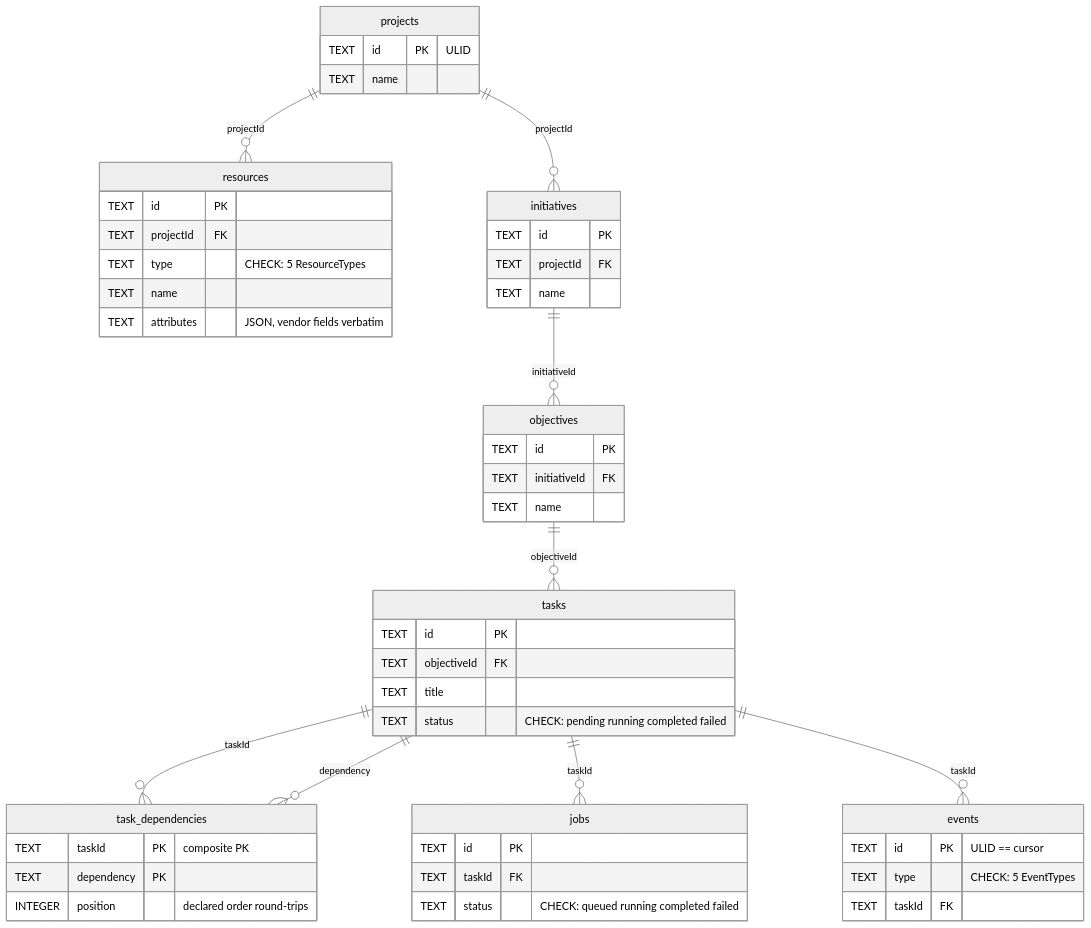
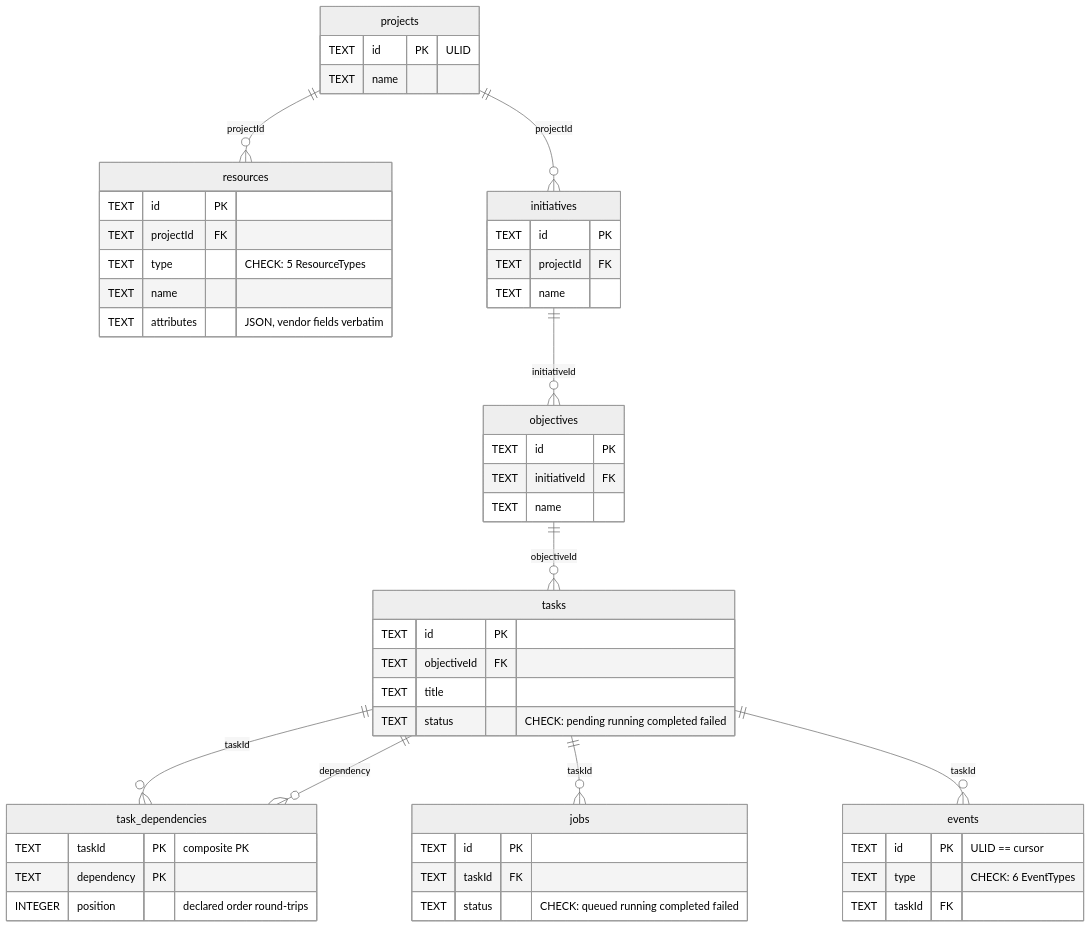
Before and after one commit to kanthorlabs/kanthord: the first of 5 diagrams in docs/flowchart/003.md, drawn with Mermaid (neutral theme). The commit also changed other lines of this file and 23 other files, not shown here.

First line of the commit message:
docs: author EPIC 004 story/task list + flowchart; add insert/re-arrange, verb-first CLI grammar

````diff
--- a/docs/flowchart/003.md
+++ b/docs/flowchart/003.md
@@ -17,54 +17,54 @@
 ```mermaid
 erDiagram
     projects ||--o{ resources : "projectId"
     projects ||--o{ initiatives : "projectId"
     initiatives ||--o{ objectives : "initiativeId"
     objectives ||--o{ tasks : "objectiveId"
     tasks ||--o{ task_dependencies : "taskId"
     tasks ||--o{ task_dependencies : "dependency"
     tasks ||--o{ jobs : "taskId"
     tasks ||--o{ events : "taskId"
 
     projects {
         TEXT id PK "ULID"
         TEXT name
     }
     resources {
         TEXT id PK
         TEXT projectId FK
         TEXT type "CHECK: 5 ResourceTypes"
         TEXT name
         TEXT attributes "JSON, vendor fields verbatim"
     }
     initiatives {
         TEXT id PK
         TEXT projectId FK
         TEXT name
     }
     objectives {
         TEXT id PK
         TEXT initiativeId FK
         TEXT name
     }
     tasks {
         TEXT id PK
         TEXT objectiveId FK
         TEXT title
         TEXT status "CHECK: pending running completed failed"
     }
     task_dependencies {
         TEXT taskId PK "composite PK"
         TEXT dependency PK
         INTEGER position "declared order round-trips"
     }
     jobs {
         TEXT id PK
         TEXT taskId FK
         TEXT status "CHECK: queued running completed failed"
     }
     events {
         TEXT id PK "ULID == cursor"
-        TEXT type "CHECK: 5 EventTypes"
+        TEXT type "CHECK: 6 EventTypes"
         TEXT taskId FK
     }
 ```
````
